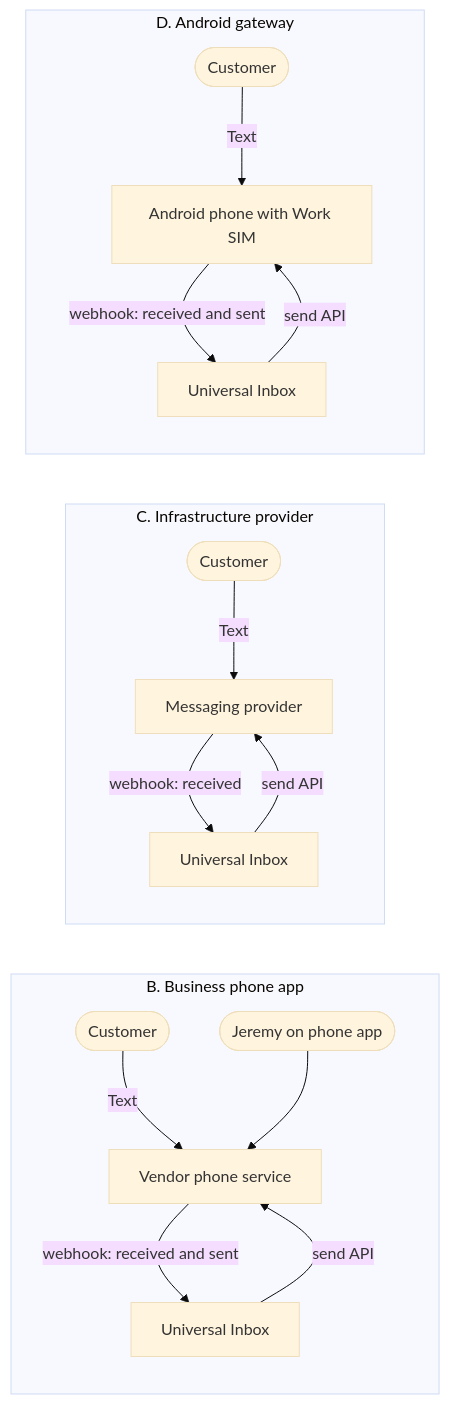
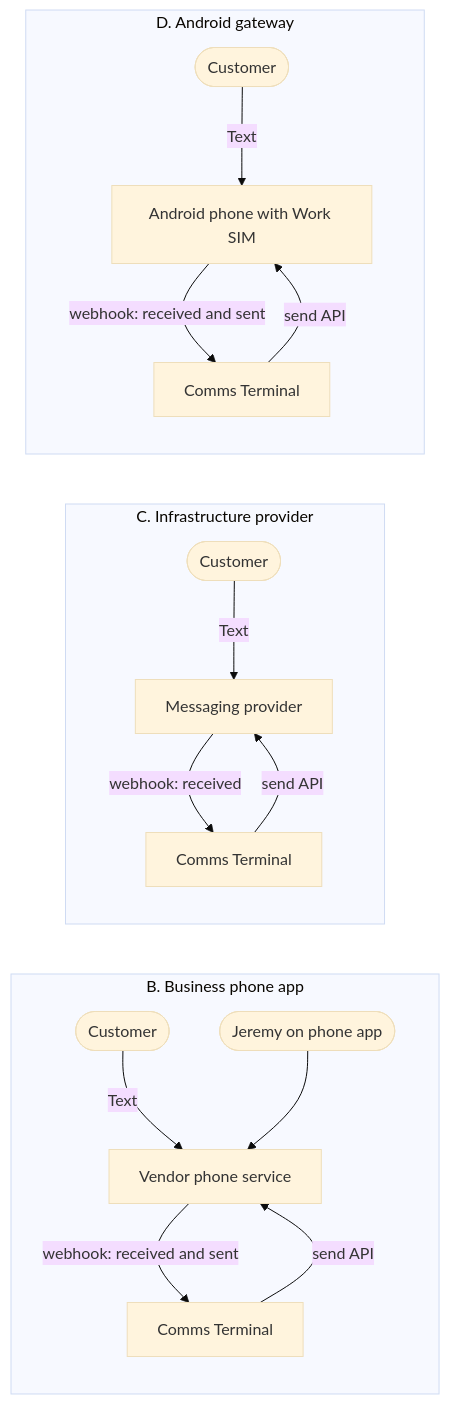
The first of 4 diagrams in .agents/discovery/2026-10-12-sms.md (JMLegere/comms-terminal), drawn with Mermaid (base theme) before and after one commit. The commit also changed other lines of this file and 181 other files, not shown here.

First line of the commit message:
Rename: Universal Inbox is now Comms Terminal

````diff
--- a/.agents/discovery/2026-10-12-sms.md
+++ b/.agents/discovery/2026-10-12-sms.md
@@ -166,19 +166,19 @@
 ```mermaid
 flowchart LR
   subgraph B[B. Business phone app]
     C1([Customer]) -->|Text| V[Vendor phone service]
-    V -->|webhook: received and sent| UI1[Universal Inbox]
+    V -->|webhook: received and sent| UI1[Comms Terminal]
     UI1 -->|send API| V
     J1([Jeremy on phone app]) --> V
   end
   subgraph C[C. Infrastructure provider]
     C2([Customer]) -->|Text| P[Messaging provider]
-    P -->|webhook: received| UI2[Universal Inbox]
+    P -->|webhook: received| UI2[Comms Terminal]
     UI2 -->|send API| P
   end
   subgraph D[D. Android gateway]
     C3([Customer]) -->|Text| G[Android phone with Work SIM]
-    G -->|webhook: received and sent| UI3[Universal Inbox]
+    G -->|webhook: received and sent| UI3[Comms Terminal]
     UI3 -->|send API| G
   end
 ```
````
